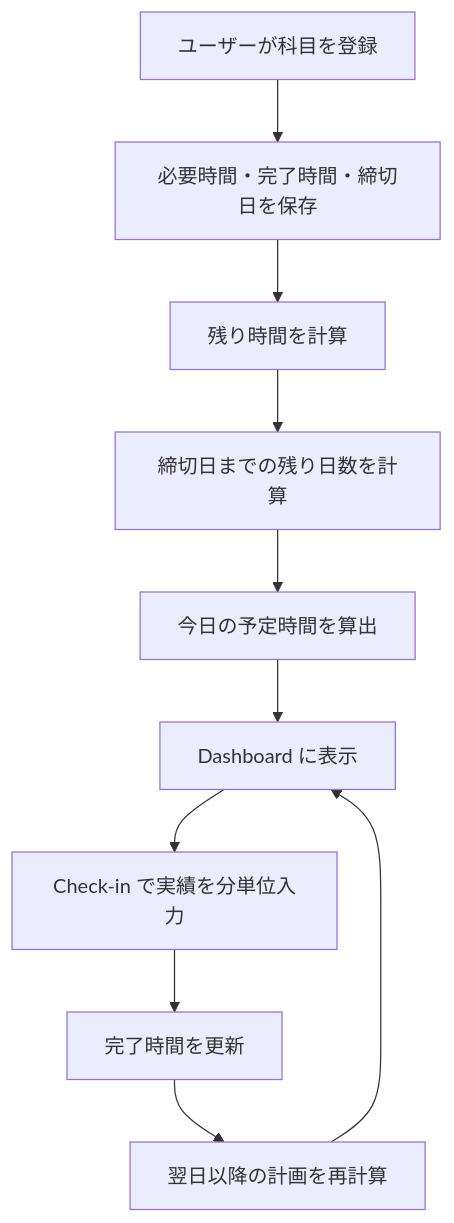
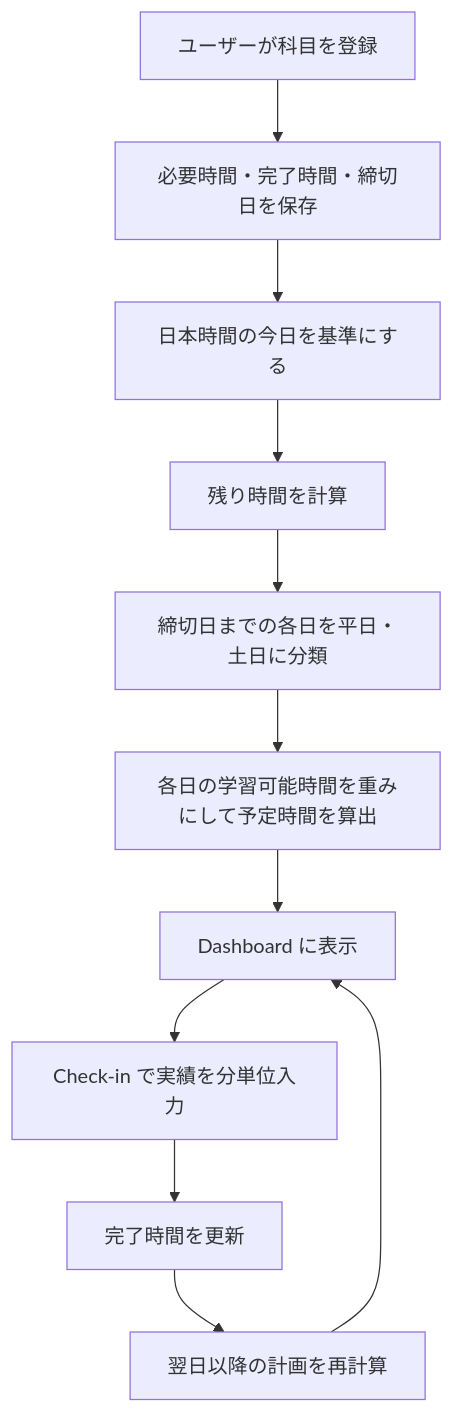
Before and after one commit to yuina368/ScheduleSystemAI: the second of 3 diagrams in README.md, drawn with Mermaid. The commit also changed other lines of this file and 18 other files, not shown here.

````diff
--- a/README.md
+++ b/README.md
@@ -89,12 +89,13 @@
 ```mermaid
 flowchart TD
   A["ユーザーが科目を登録"] --> B["必要時間・完了時間・締切日を保存"]
-  B --> C["残り時間を計算"]
-  C --> D["締切日までの残り日数を計算"]
-  D --> E["今日の予定時間を算出"]
-  E --> F["Dashboard に表示"]
-  F --> G["Check-in で実績を分単位入力"]
-  G --> H["完了時間を更新"]
-  H --> I["翌日以降の計画を再計算"]
-  I --> F
+  B --> C["日本時間の今日を基準にする"]
+  C --> D["残り時間を計算"]
+  D --> E["締切日までの各日を平日・土日に分類"]
+  E --> F["各日の学習可能時間を重みにして予定時間を算出"]
+  F --> G["Dashboard に表示"]
+  G --> H["Check-in で実績を分単位入力"]
+  H --> I["完了時間を更新"]
+  I --> J["翌日以降の計画を再計算"]
+  J --> G
 ```
````
